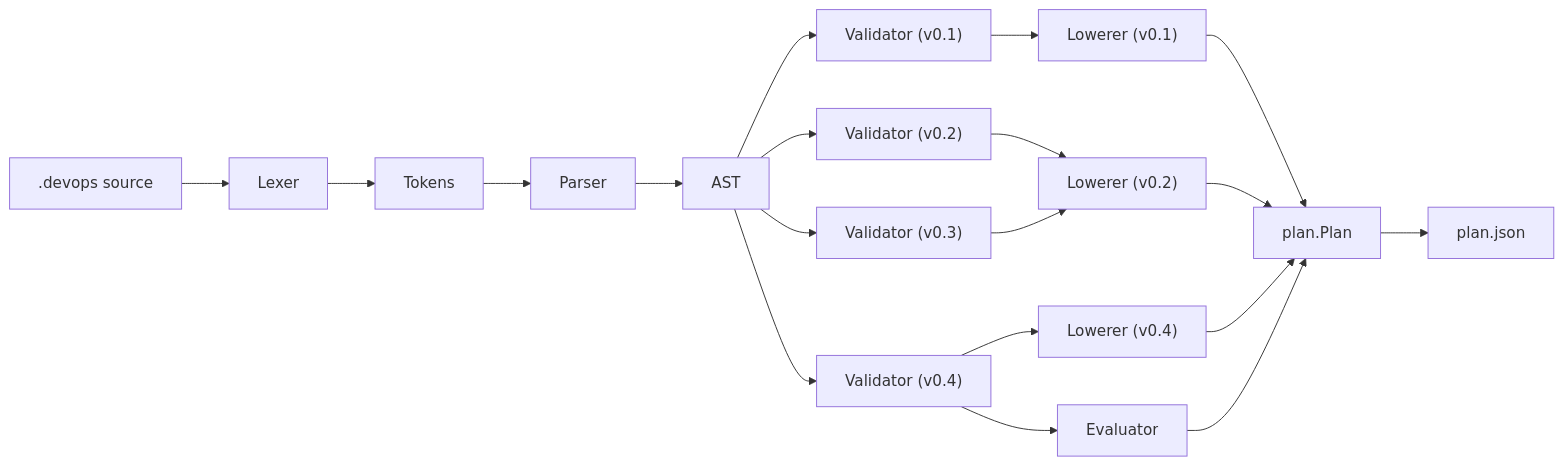
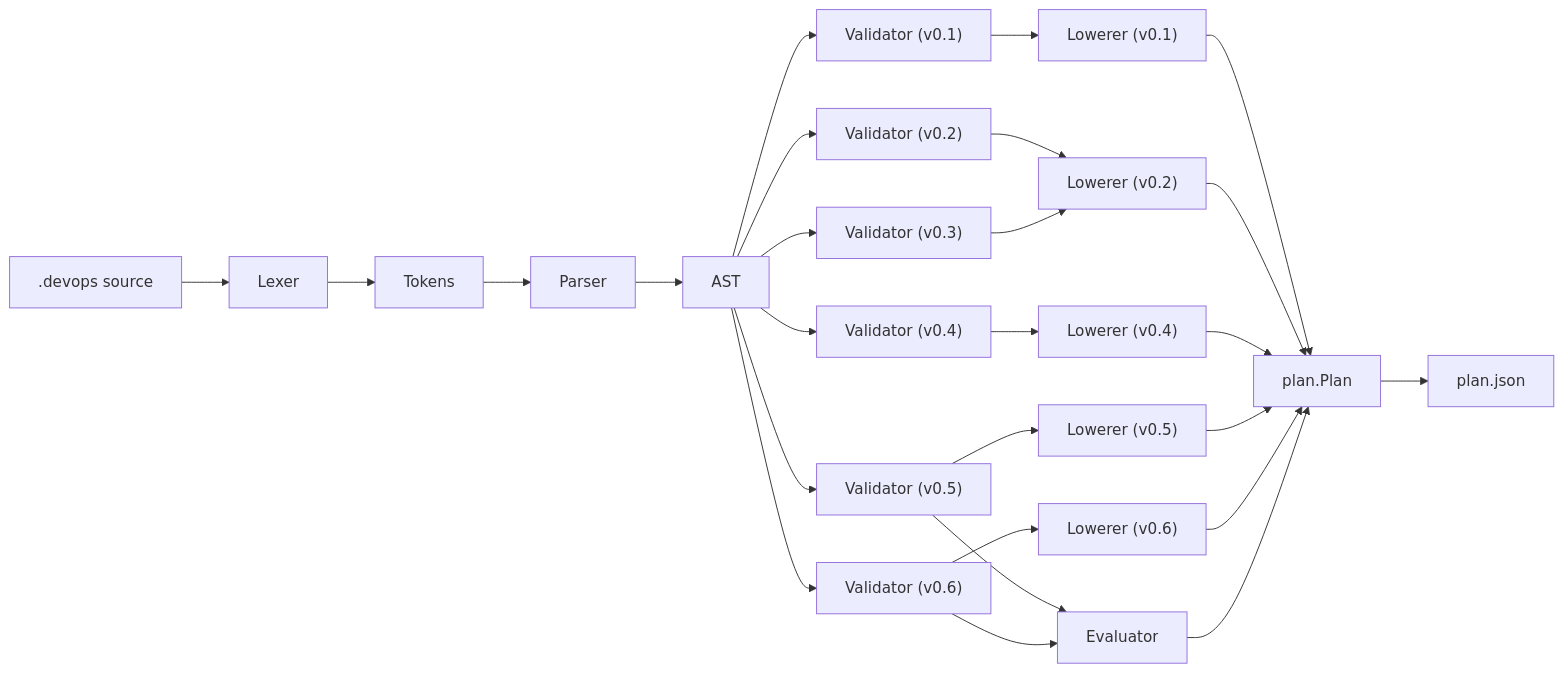
Diagram 18 of 18 in .qoder/repowiki/en/content/.devops Language Reference/Compilation Pipeline.md (ahmednour1430464/dotdevops), drawn with Mermaid before and after one commit. The commit also changed other lines of this file and 12 other files, not shown here.

````diff
--- a/.qoder/repowiki/en/content/.devops Language Reference/Compilation Pipeline.md
+++ b/.qoder/repowiki/en/content/.devops Language Reference/Compilation Pipeline.md
@@ -1005,21 +1463,28 @@
 ```mermaid
 flowchart LR
 SRC[".devops source"] --> LEX["Lexer"]
 LEX --> TOK["Tokens"]
 TOK --> PAR["Parser"]
 PAR --> AST["AST"]
 AST --> VAL1["Validator (v0.1)"]
 AST --> VAL2["Validator (v0.2)"]
 AST --> VAL3["Validator (v0.3)"]
 AST --> VAL4["Validator (v0.4)"]
+AST --> VAL5["Validator (v0.5)"]
+AST --> VAL6["Validator (v0.6)"]
 VAL1 --> LOW1["Lowerer (v0.1)"]
 VAL2 --> LOW2["Lowerer (v0.2)"]
 VAL3 --> LOW2
-VAL4 --> EVAL["Evaluator"]
 VAL4 --> LOW4["Lowerer (v0.4)"]
+VAL5 --> EVAL["Evaluator"]
+VAL5 --> LOW5["Lowerer (v0.5)"]
+VAL6 --> EVAL
+VAL6 --> LOW6["Lowerer (v0.6)"]
 LOW1 --> PLAN["plan.Plan"]
 LOW2 --> PLAN
 LOW4 --> PLAN
+LOW5 --> PLAN
+LOW6 --> PLAN
 EVAL --> PLAN
 PLAN --> JSON["plan.json"]
 ```
````
